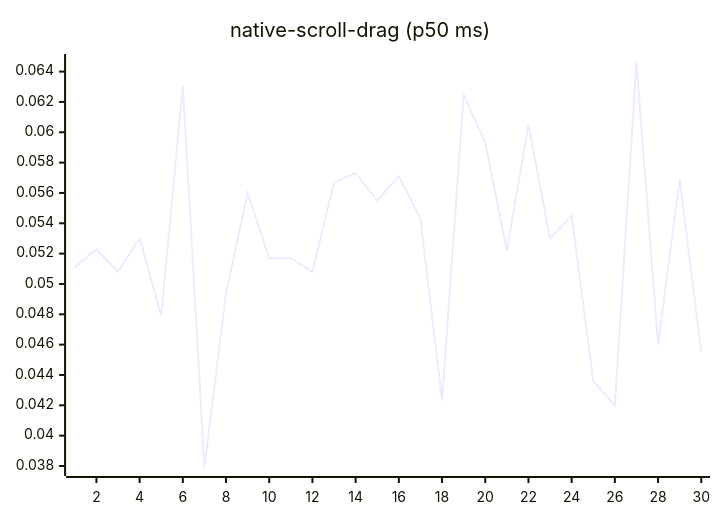
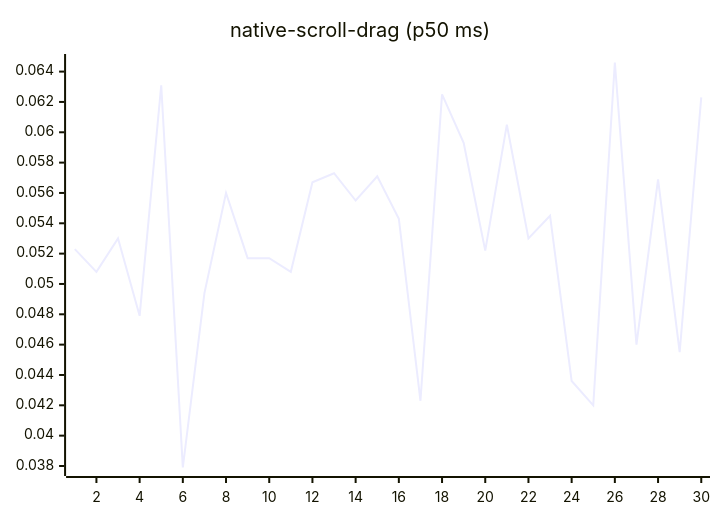
Diagram 14 of 27 in README.md (josha/Facet), drawn with Mermaid before and after one commit. The commit also changed other lines of this file and 2 other files, not shown here.

````diff
--- a/README.md
+++ b/README.md
@@ -154,6 +154,6 @@
 ```mermaid
 xychart-beta
     title "native-scroll-drag (p50 ms)"
     x-axis 1 --> 30
-    line [0.0511, 0.0523, 0.0508, 0.0530, 0.0479, 0.0631, 0.0379, 0.0494, 0.0560, 0.0517, 0.0517, 0.0508, 0.0567, 0.0573, 0.0555, 0.0571, 0.0543, 0.0423, 0.0625, 0.0593, 0.0522, 0.0605, 0.0530, 0.0545, 0.0436, 0.0420, 0.0646, 0.0460, 0.0569, 0.0455]
+    line [0.0523, 0.0508, 0.0530, 0.0479, 0.0631, 0.0379, 0.0494, 0.0560, 0.0517, 0.0517, 0.0508, 0.0567, 0.0573, 0.0555, 0.0571, 0.0543, 0.0423, 0.0625, 0.0593, 0.0522, 0.0605, 0.0530, 0.0545, 0.0436, 0.0420, 0.0646, 0.0460, 0.0569, 0.0455, 0.0623]
 ```
````
